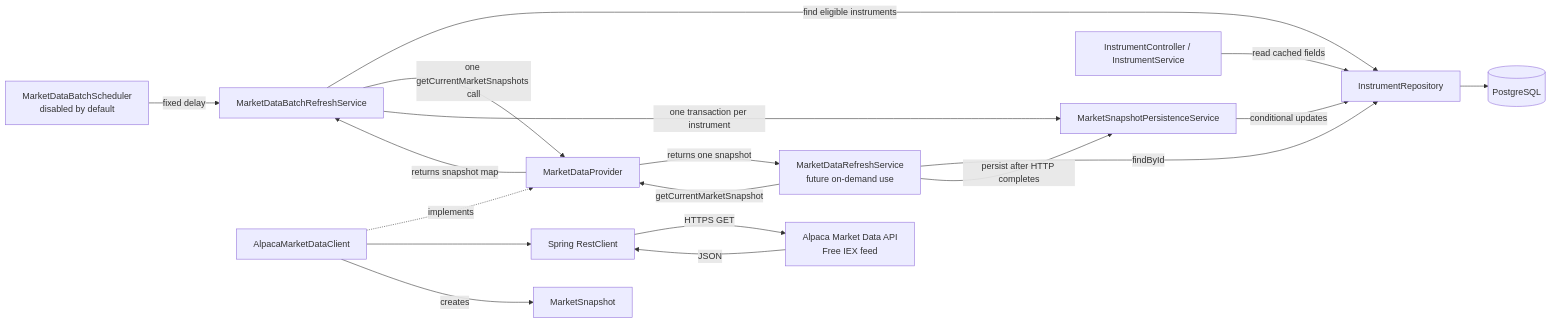
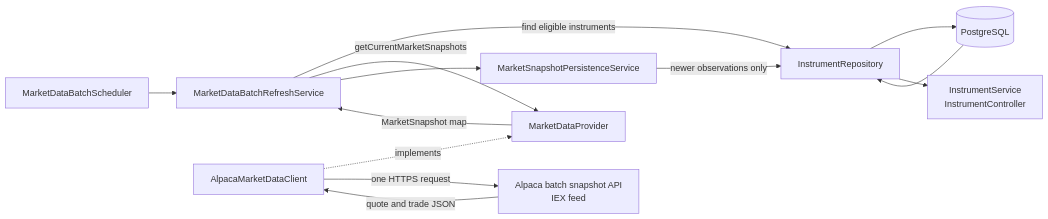
Before and after one commit to LeapOfLegends/Group-12-Backend: the diagram in Docs/market-data-architecture.md, drawn with Mermaid. The commit also changed other lines of this file and 1 other file, not shown here.

````diff
--- a/Docs/market-data-architecture.md
+++ b/Docs/market-data-architecture.md
@@ -60,33 +115,25 @@
 ```mermaid
 flowchart LR
-    Scheduler["MarketDataBatchScheduler<br/>disabled by default"]
-    Batch[MarketDataBatchRefreshService]
-    OnDemand["MarketDataRefreshService<br/>future on-demand use"]
-    Provider[MarketDataProvider]
-    Client[AlpacaMarketDataClient]
-    Http[Spring RestClient]
-    Alpaca["Alpaca Market Data API<br/>Free IEX feed"]
-    Snapshot[MarketSnapshot]
-    Persistence[MarketSnapshotPersistenceService]
-    Repository[InstrumentRepository]
+    Scheduler["MarketDataBatchScheduler"]
+    Refresh["MarketDataBatchRefreshService"]
+    Provider["MarketDataProvider"]
+    Client["AlpacaMarketDataClient"]
+    Alpaca["Alpaca batch snapshot API<br/>IEX feed"]
+    Persistence["MarketSnapshotPersistenceService"]
+    Repository["InstrumentRepository"]
     Database[(PostgreSQL)]
-    InstrumentApi["InstrumentController / InstrumentService"]
+    InstrumentApi["InstrumentService<br/>InstrumentController"]
 
-    Scheduler -->|fixed delay| Batch
-    Batch -->|find eligible instruments| Repository
-    Batch -->|one getCurrentMarketSnapshots call| Provider
-    OnDemand -->|findById| Repository
-    OnDemand -->|getCurrentMarketSnapshot| Provider
+    Scheduler --> Refresh
+    Refresh -->|find eligible instruments| Repository
+    Refresh -->|getCurrentMarketSnapshots| Provider
     Client -. implements .-> Provider
-    Client --> Http
-    Http -->|HTTPS GET| Alpaca
-    Alpaca -->|JSON| Http
-    Client -->|creates| Snapshot
-    Provider -->|returns snapshot map| Batch
-    Provider -->|returns one snapshot| OnDemand
-    Batch -->|one transaction per instrument| Persistence
-    OnDemand -->|persist after HTTP completes| Persistence
-    Persistence -->|conditional updates| Repository
+    Client -->|one HTTPS request| Alpaca
+    Alpaca -->|quote and trade JSON| Client
+    Provider -->|MarketSnapshot map| Refresh
+    Refresh --> Persistence
+    Persistence -->|newer observations only| Repository
     Repository --> Database
-    InstrumentApi -->|read cached fields| Repository
+    Database --> Repository
+    Repository --> InstrumentApi
 ```
````
